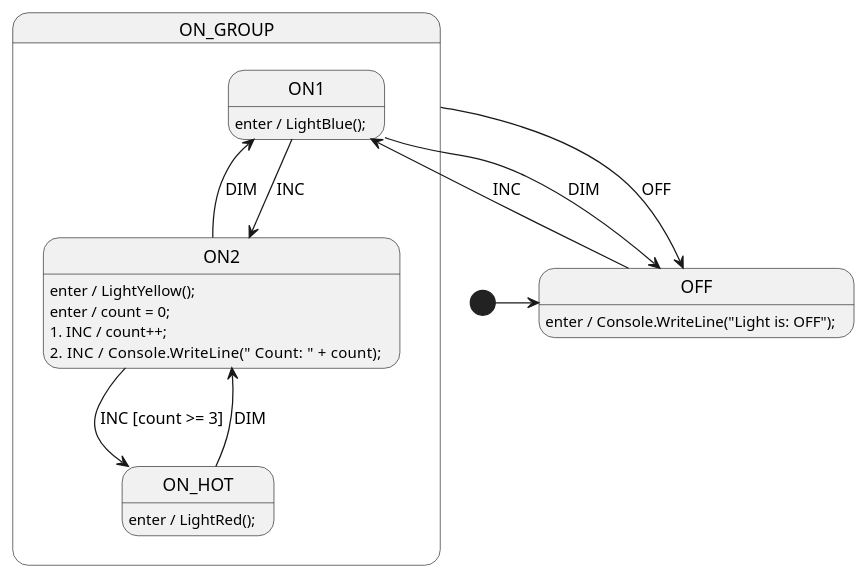
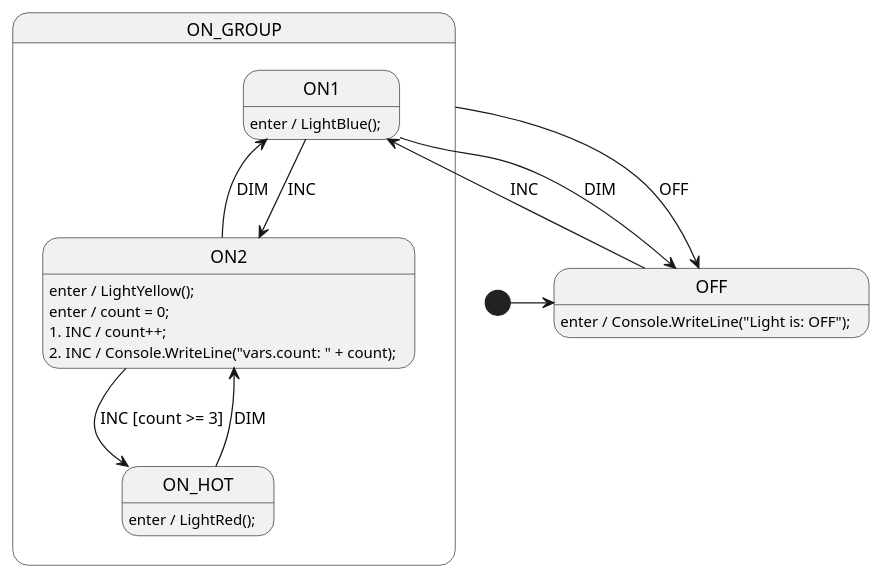
The diagram in lesson-4/csharp/LightSm.plantuml (StateSmith/tutorial-3), drawn with PlantUML before and after one commit. The commit also changed 4 other files, not shown here.

```diff
--- a/lesson-4/csharp/LightSm.plantuml
+++ b/lesson-4/csharp/LightSm.plantuml
@@ -1,56 +1,56 @@
 @startuml LightSm
 
 ' //////////////////////// STATE ORGANIZATION ///////////////////////
 ' Note: StateSmith treats state names and events as case insensitive.
 ' More info: https://github.com/StateSmith/StateSmith/wiki/PlantUML
 
 state OFF
 state ON_GROUP {
     state ON1
     state ON2
     state ON_HOT
 }
 
 [*] -> OFF
 
 ' ///////////////////////// STATE HANDLERS /////////////////////////
 ' Syntax: https://github.com/StateSmith/StateSmith/wiki/Behaviors
 
 OFF: enter / Console.WriteLine("Light is: OFF");
 OFF --> ON1: INC
 
 ON_GROUP --> OFF : OFF
 
 ON1: enter / LightBlue();
 ON1 --> ON2: INC
 ON1 --> OFF: DIM
 
 ON2: enter / LightYellow();
 ON2: enter / count = 0;
 ON2: 1. INC / count++;
-ON2: 2. INC / Console.WriteLine("    Count: " + count);
+ON2: 2. INC / Console.WriteLine("vars.count: " + count);
 ON2 --> ON_HOT: INC [count >= 3]
 ON2 --> ON1: DIM
 
 ON_HOT: enter / LightRed();
 ON_HOT --> ON2: DIM
 
 
 ' //////////////////////// StateSmith config ////////////////////////
 ' The below special comment block sets the StateSmith configuration.
 ' More info: https://github.com/StateSmith/StateSmith/issues/335
 
 /'! $CONFIG : toml
 SmRunnerSettings.transpilerId = "CSharp"
 
 [RenderConfig.CSharp]
 NameSpace = "LightController"
 Usings = """
     using System;
     """
 BaseList = "LightSmBase"
 # UseNullable = false
 UsePartialClass = false
 
 '/
 @enduml
```
